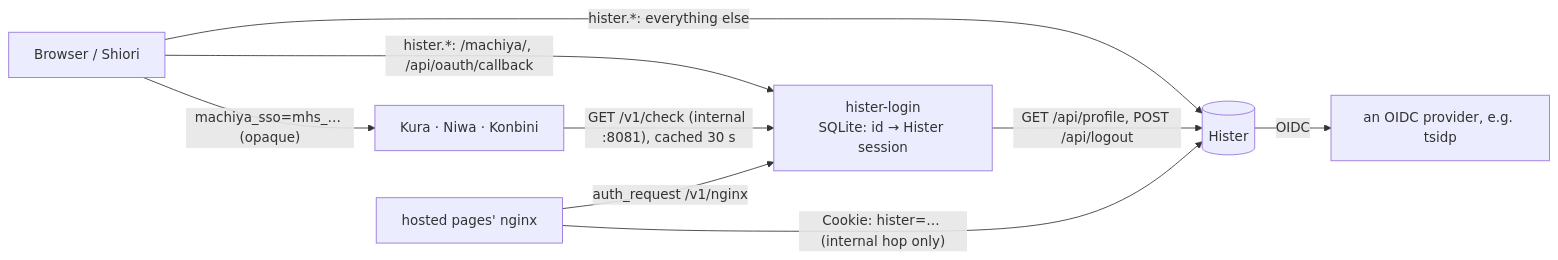
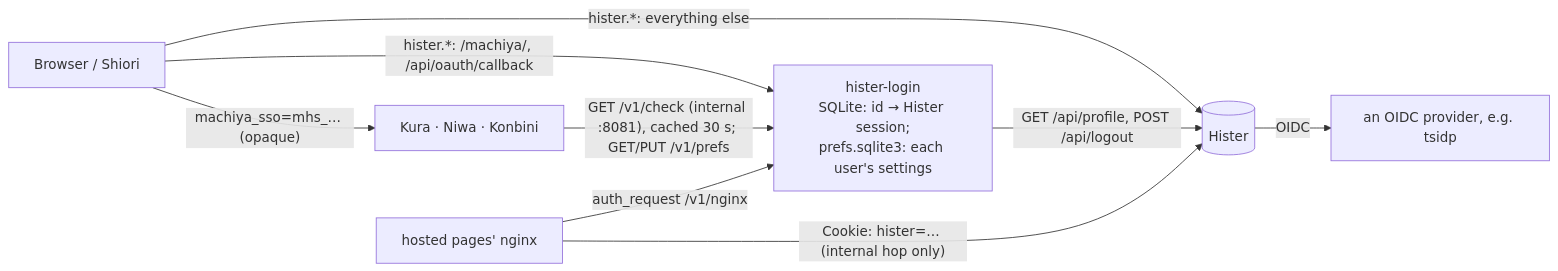
The diagram in docs/services/hister-login.md (machiya-kobo/machiya), drawn with Mermaid before and after one commit. The commit also changed other lines of this file and 7 other files, not shown here.

````diff
--- a/docs/services/hister-login.md
+++ b/docs/services/hister-login.md
@@ -9,11 +9,11 @@
 ```mermaid
 flowchart LR
   B[Browser / Shiori] -->|"machiya_sso=mhs_… (opaque)"| R[Kura · Niwa · Konbini]
-  B -->|"hister.*: /machiya/, /api/oauth/callback"| L[hister-login<br/>SQLite: id → Hister session]
+  B -->|"hister.*: /machiya/, /api/oauth/callback"| L[hister-login<br/>SQLite: id → Hister session;<br/>prefs.sqlite3: each user's settings]
   B -->|"hister.*: everything else"| H[(Hister)]
-  R -->|"GET /v1/check (internal :8081), cached 30 s"| L
+  R -->|"GET /v1/check (internal :8081), cached 30 s; GET/PUT /v1/prefs"| L
   L -->|"GET /api/profile, POST /api/logout"| H
   P[hosted pages' nginx] -->|"auth_request /v1/nginx"| L
   P -->|"Cookie: hister=… (internal hop only)"| H
   H -->|OIDC| I[an OIDC provider, e.g. tsidp]
 ```
````
